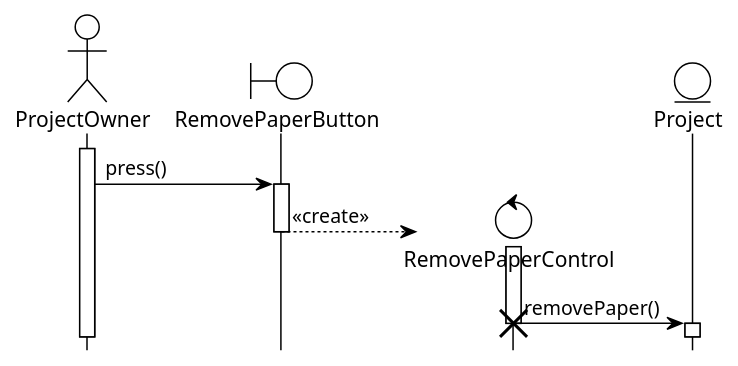
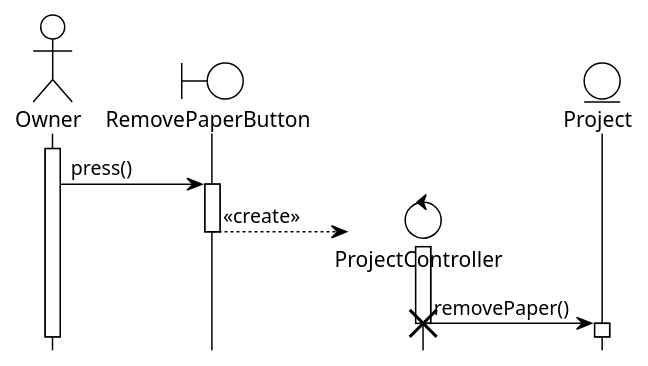
The diagram in Use case sequence diagrams/RemovePaperFromProject.puml (BlueMango10/Project-uml), drawn with PlantUML before and after one commit. The commit also changed 22 other files, not shown here.

Commit message:
redfined sequence diagrams and use case

```diff
--- a/Use case sequence diagrams/RemovePaperFromProject.puml
+++ b/Use case sequence diagrams/RemovePaperFromProject.puml
@@ -1,23 +1,23 @@
 @startuml RemovePaperFromProject
 !theme plain
 hide footbox
-actor ProjectOwner as po
+actor Owner as po
 boundary RemovePaperButton as rpb
-control RemovePaperControl as rpc
+control ProjectController as rpc
 entity Project as p
 
 activate po
 
 po -> rpb : press()
 activate rpb
 
 create rpc
 rpb --> rpc : <<create>>
 deactivate rpb
 activate rpc
 
 rpc -> p : removePaper()
 destroy rpc
 activate p
 deactivate p
 @enduml
```
